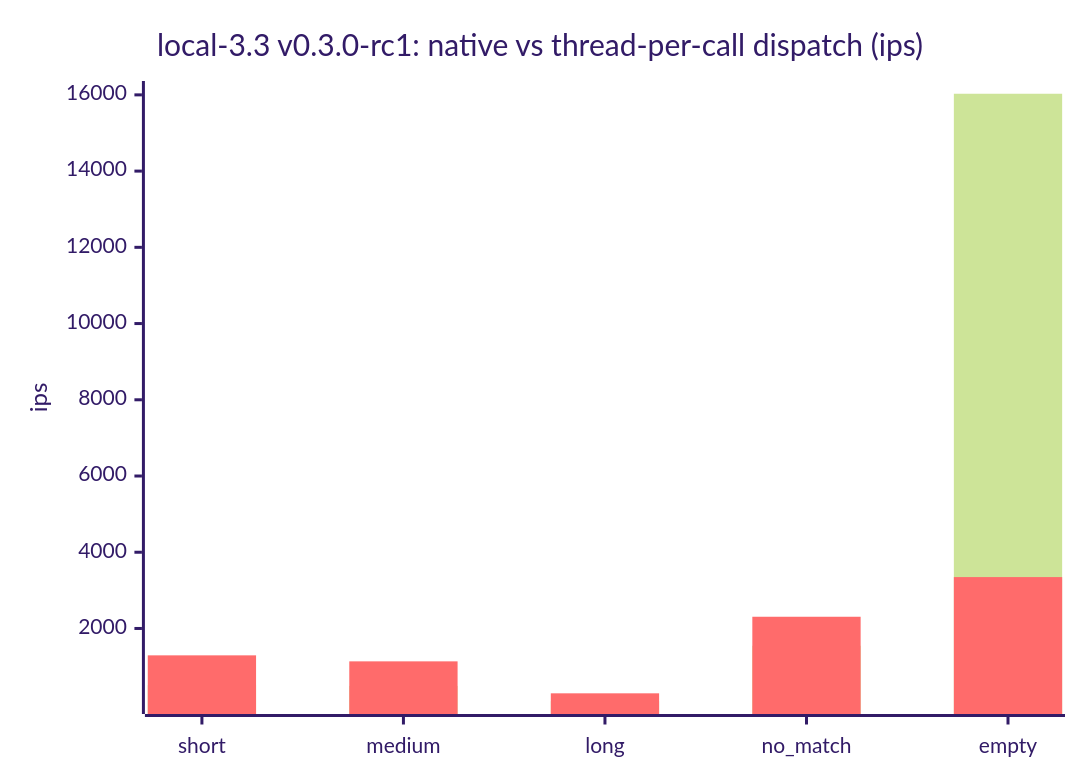
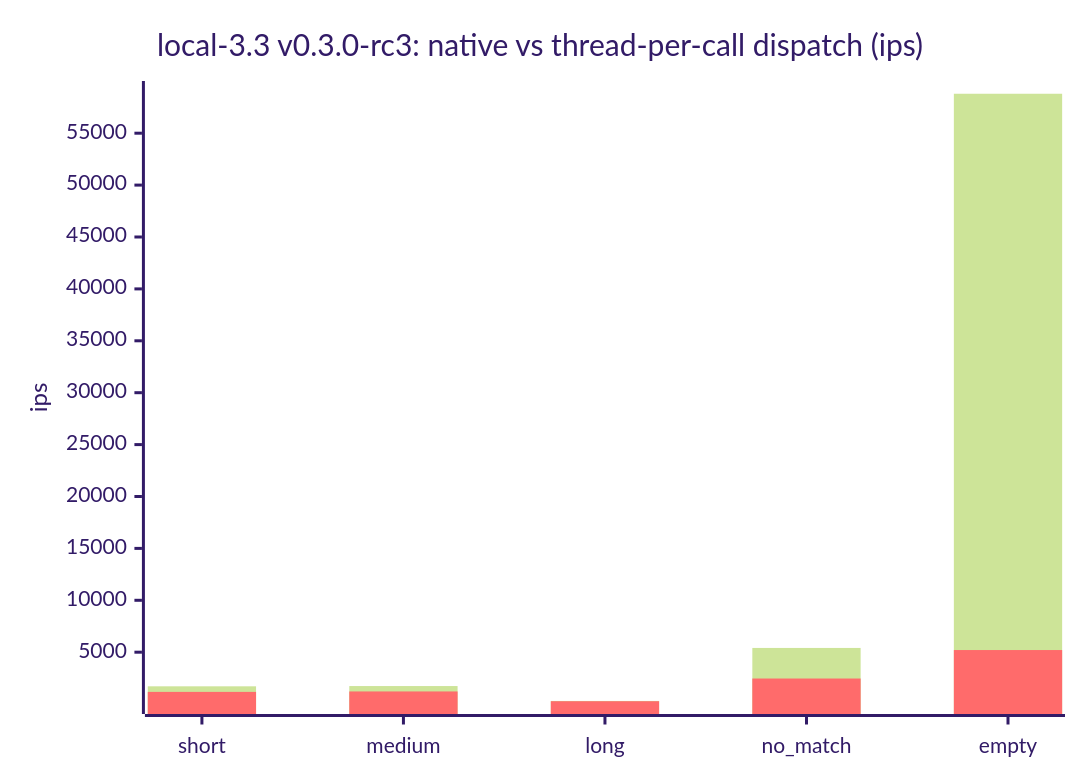
Before and after one commit to cpb/duckling: the third of 7 diagrams in docs/benchmarks/README.md, drawn with Mermaid (forest theme). The commit also changed other lines of this file and 20 other files, not shown here.

````diff
--- a/docs/benchmarks/README.md
+++ b/docs/benchmarks/README.md
@@ -128,8 +128,8 @@
 ```mermaid
 xychart-beta
-    title "local-3.3 v0.3.0-rc1: native vs thread-per-call dispatch (ips)"
+    title "local-3.3 v0.3.0-rc3: native vs thread-per-call dispatch (ips)"
     x-axis [short, medium, long, no_match, empty]
     y-axis "ips"
-    bar "native" [513.6, 493.5, 90.3, 1547.1, 16029.5]
-    bar "thread-per-call" [1294.7, 1136.9, 298.4, 2307.3, 3347.9]
+    bar "native" [1712.3, 1737.4, 305.6, 5410.4, 58800.5]
+    bar "thread-per-call" [1175.1, 1217.2, 273.9, 2464.0, 5206.5]
 ```
````
